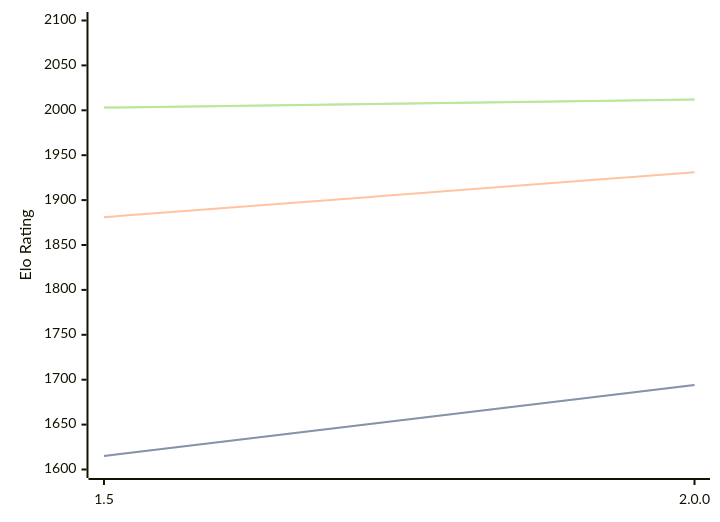
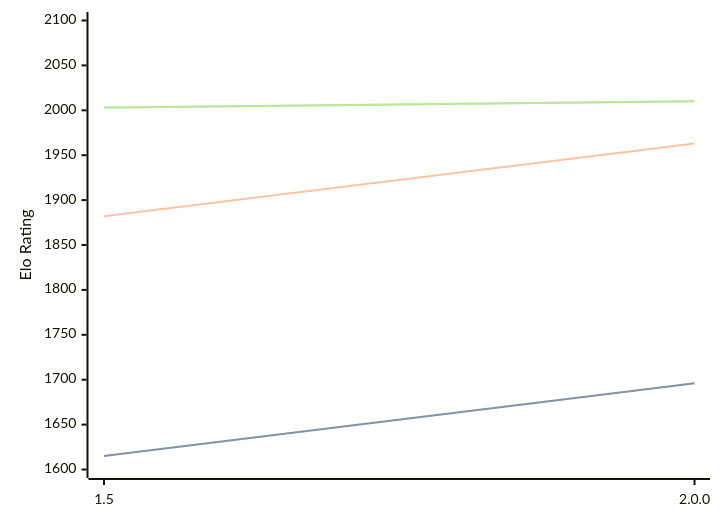
Before and after one commit to computer-chess-index/cci: the diagram in engines/Rudim.md, drawn with Mermaid. The commit also changed other lines of this file, not shown here.

Commit message:
Update CCI Ratings (ELO VLTC) - 2026-05-07

````diff
--- a/engines/Rudim.md
+++ b/engines/Rudim.md
@@ -37,11 +37,11 @@
 ```mermaid
 %%{init: {"theme":"base","themeVariables":{"seriesColors:['#a3a3a3','#222221','#faa371']}}}%%
 xychart-beta
   x-axis ["1.5", "2.0.0"]
   y-axis "Elo Rating" 1600 --> 2100
-  line "STC (8.0+0.08s)" [1615, 1694]
-  line "STC (8.0+0.08s)" [1615, 1694]
-  line "LTC (60.0+0.60s)" [1881, 1931]
-  line "VLTC (2m24s+1.12s)" [2003, 2012]
-  line "VLTC (2m24s+1.12s)" [2003, 2012]
+  line "STC (8.0+0.08s)" [1615, 1696]
+  line "STC (8.0+0.08s)" [1615, 1696]
+  line "LTC (60.0+0.60s)" [1882, 1963]
+  line "VLTC (2m24s+1.12s)" [2003, 2010]
+  line "VLTC (2m24s+1.12s)" [2003, 2010]
 ```
````
